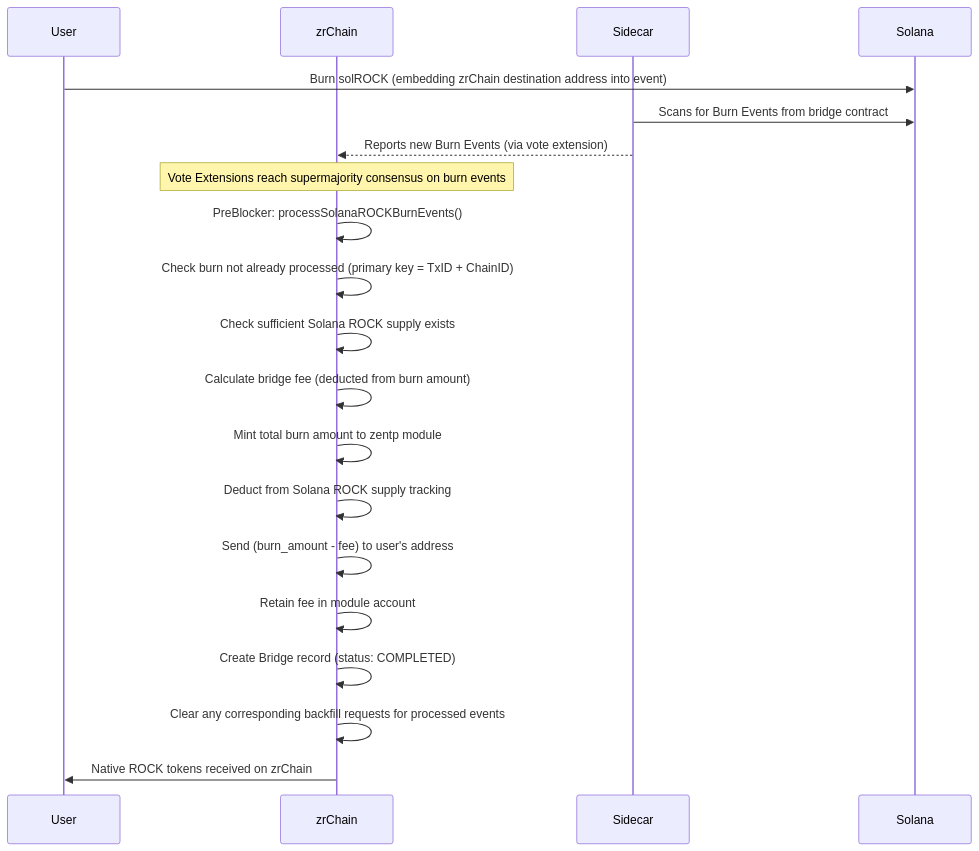
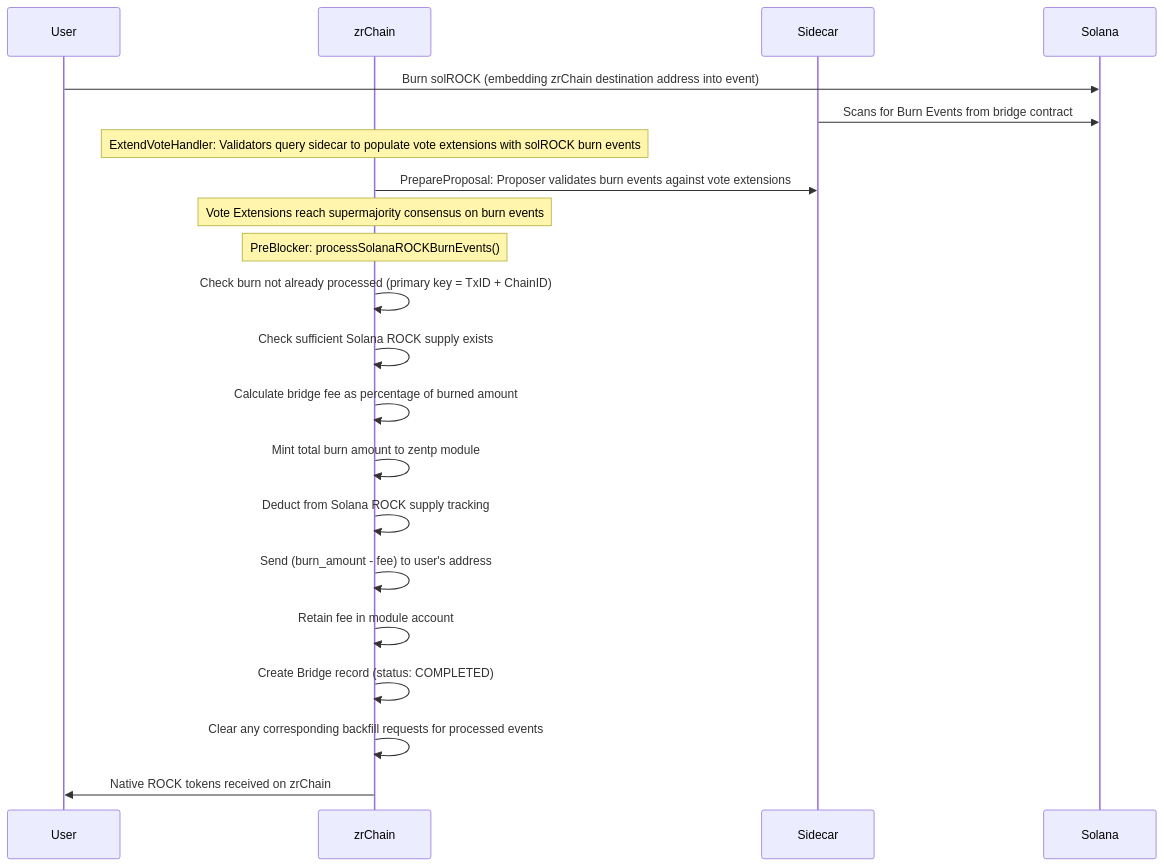
The fourth of 4 diagrams in docs/README.md (zenrocklabs/zrchain), drawn with Mermaid before and after one commit. The commit also changed other lines of this file and 3 other files, not shown here.

````diff
--- a/docs/README.md
+++ b/docs/README.md
@@ -321,24 +337,25 @@
 ```mermaid
 sequenceDiagram
     participant User
     participant zrChain
     participant Sidecar
     participant Solana
 
     User->>Solana: Burn solROCK (embedding zrChain destination address into event)
     Sidecar->>Solana: Scans for Burn Events from bridge contract
-    Sidecar-->>zrChain: Reports new Burn Events (via vote extension)
+    Note over zrChain: ExtendVoteHandler: Validators query sidecar to populate vote extensions with solROCK burn events
+    zrChain->>Sidecar: PrepareProposal: Proposer validates burn events against vote extensions
     Note over zrChain: Vote Extensions reach supermajority consensus on burn events
 
-    zrChain->>zrChain: PreBlocker: processSolanaROCKBurnEvents()
+    Note over zrChain: PreBlocker: processSolanaROCKBurnEvents()
     zrChain->>zrChain: Check burn not already processed (primary key = TxID + ChainID)
     zrChain->>zrChain: Check sufficient Solana ROCK supply exists
-    zrChain->>zrChain: Calculate bridge fee (deducted from burn amount)
+    zrChain->>zrChain: Calculate bridge fee as percentage of burned amount
     zrChain->>zrChain: Mint total burn amount to zentp module
     zrChain->>zrChain: Deduct from Solana ROCK supply tracking
     zrChain->>zrChain: Send (burn_amount - fee) to user's address
     zrChain->>zrChain: Retain fee in module account
     zrChain->>zrChain: Create Bridge record (status: COMPLETED)
     zrChain->>zrChain: Clear any corresponding backfill requests for processed events
     zrChain->>User: Native ROCK tokens received on zrChain
 ```
````
